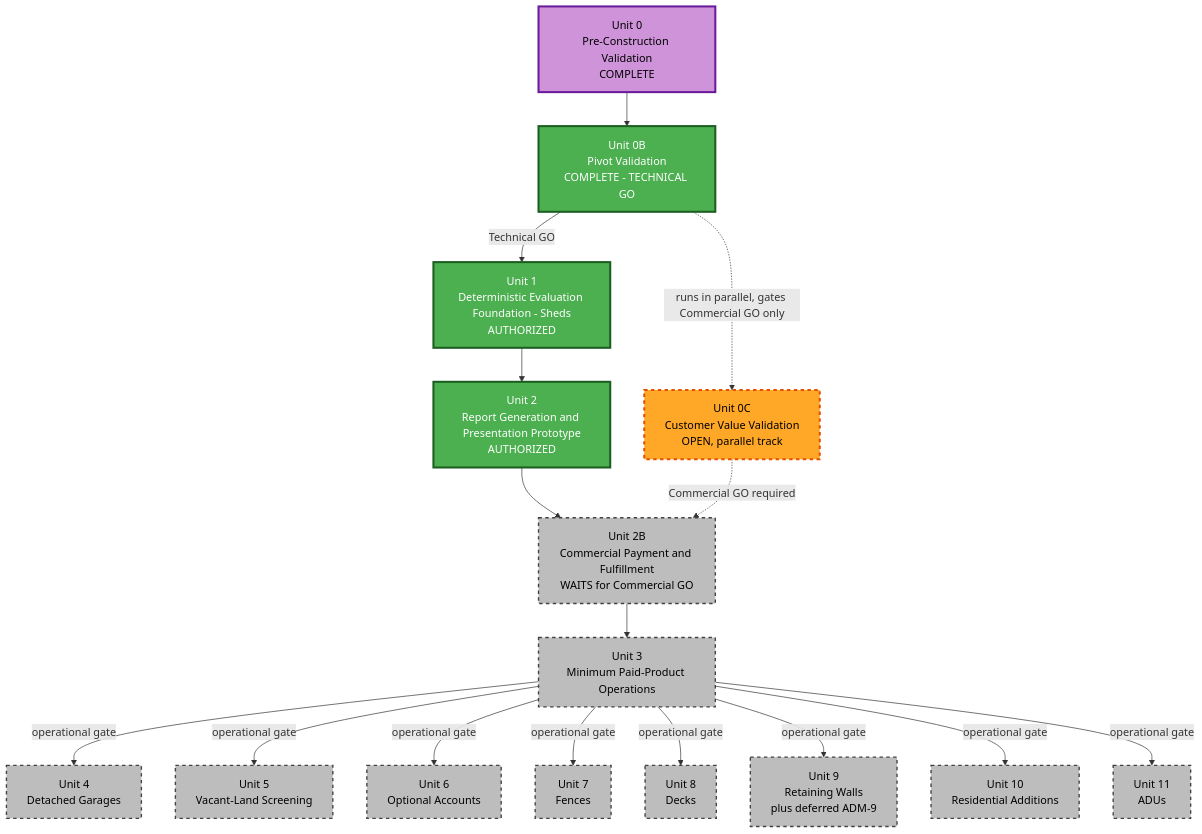
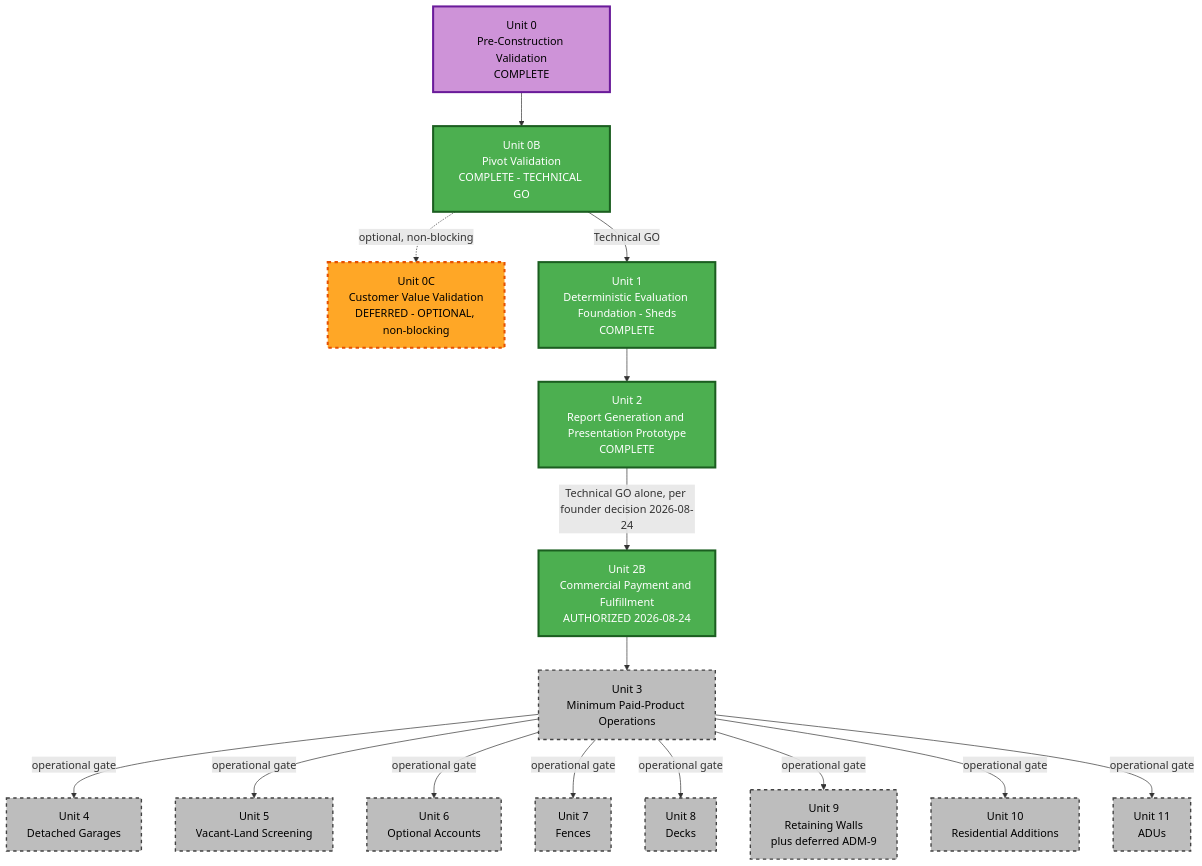
The diagram in aidlc-docs/inception/application-design/unit-of-work-dependency.md (caseychoiniere/permit-preflight), drawn with Mermaid before and after one commit. The commit also changed other lines of this file and 283 other files, not shown here.

````diff
--- a/aidlc-docs/inception/application-design/unit-of-work-dependency.md
+++ b/aidlc-docs/inception/application-design/unit-of-work-dependency.md
@@ -86,50 +97,49 @@
 ```mermaid
 flowchart TD
     U0["Unit 0<br/>Pre-Construction Validation<br/>COMPLETE"]
     U0B["Unit 0B<br/>Pivot Validation<br/>COMPLETE - TECHNICAL GO"]
-    U0C["Unit 0C<br/>Customer Value Validation<br/>OPEN, parallel track"]
-    U1["Unit 1<br/>Deterministic Evaluation Foundation - Sheds<br/>AUTHORIZED"]
-    U2["Unit 2<br/>Report Generation and Presentation Prototype<br/>AUTHORIZED"]
-    U2B["Unit 2B<br/>Commercial Payment and Fulfillment<br/>WAITS for Commercial GO"]
+    U0C["Unit 0C<br/>Customer Value Validation<br/>DEFERRED - OPTIONAL, non-blocking"]
+    U1["Unit 1<br/>Deterministic Evaluation Foundation - Sheds<br/>COMPLETE"]
+    U2["Unit 2<br/>Report Generation and Presentation Prototype<br/>COMPLETE"]
+    U2B["Unit 2B<br/>Commercial Payment and Fulfillment<br/>AUTHORIZED 2026-08-24"]
     U3["Unit 3<br/>Minimum Paid-Product Operations"]
     U4["Unit 4<br/>Detached Garages"]
     U5["Unit 5<br/>Vacant-Land Screening"]
     U6["Unit 6<br/>Optional Accounts"]
     U7["Unit 7<br/>Fences"]
     U8["Unit 8<br/>Decks"]
     U9["Unit 9<br/>Retaining Walls<br/>plus deferred ADM-9"]
     U10["Unit 10<br/>Residential Additions"]
     U11["Unit 11<br/>ADUs"]
 
     U0 --> U0B
     U0B -->|Technical GO| U1
-    U0B -.->|runs in parallel, gates Commercial GO only| U0C
+    U0B -.->|optional, non-blocking| U0C
     U1 --> U2
-    U2 --> U2B
-    U0C -.->|Commercial GO required| U2B
+    U2 -->|Technical GO alone, per founder decision 2026-08-24| U2B
     U2B --> U3
     U3 -->|operational gate| U4
     U3 -->|operational gate| U5
     U3 -->|operational gate| U6
     U3 -->|operational gate| U7
     U3 -->|operational gate| U8
     U3 -->|operational gate| U9
     U3 -->|operational gate| U10
     U3 -->|operational gate| U11
 
     style U0 fill:#CE93D8,stroke:#6A1B9A,stroke-width:3px,color:#000
     style U0B fill:#4CAF50,stroke:#1B5E20,stroke-width:3px,color:#fff
     style U0C fill:#FFA726,stroke:#E65100,stroke-width:3px,stroke-dasharray: 5 5,color:#000
     style U1 fill:#4CAF50,stroke:#1B5E20,stroke-width:3px,color:#fff
     style U2 fill:#4CAF50,stroke:#1B5E20,stroke-width:3px,color:#fff
-    style U2B fill:#BDBDBD,stroke:#424242,stroke-width:2px,stroke-dasharray: 5 5,color:#000
+    style U2B fill:#4CAF50,stroke:#1B5E20,stroke-width:3px,color:#fff
     style U3 fill:#BDBDBD,stroke:#424242,stroke-width:2px,stroke-dasharray: 5 5,color:#000
     style U4 fill:#BDBDBD,stroke:#424242,stroke-width:2px,stroke-dasharray: 5 5,color:#000
     style U5 fill:#BDBDBD,stroke:#424242,stroke-width:2px,stroke-dasharray: 5 5,color:#000
     style U6 fill:#BDBDBD,stroke:#424242,stroke-width:2px,stroke-dasharray: 5 5,color:#000
     style U7 fill:#BDBDBD,stroke:#424242,stroke-width:2px,stroke-dasharray: 5 5,color:#000
     style U8 fill:#BDBDBD,stroke:#424242,stroke-width:2px,stroke-dasharray: 5 5,color:#000
     style U9 fill:#BDBDBD,stroke:#424242,stroke-width:2px,stroke-dasharray: 5 5,color:#000
     style U10 fill:#BDBDBD,stroke:#424242,stroke-width:2px,stroke-dasharray: 5 5,color:#000
     style U11 fill:#BDBDBD,stroke:#424242,stroke-width:2px,stroke-dasharray: 5 5,color:#000
 ```
````
